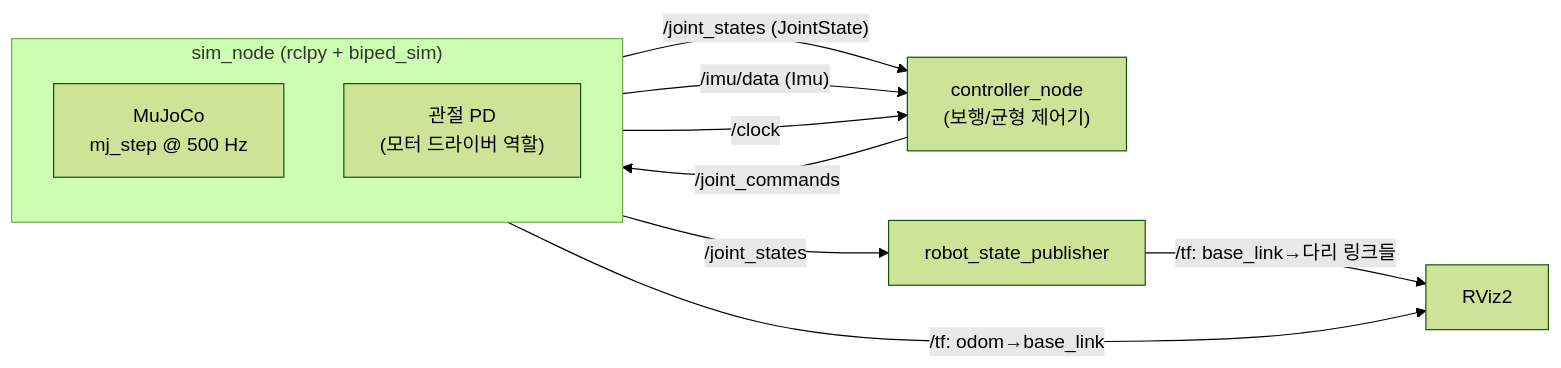
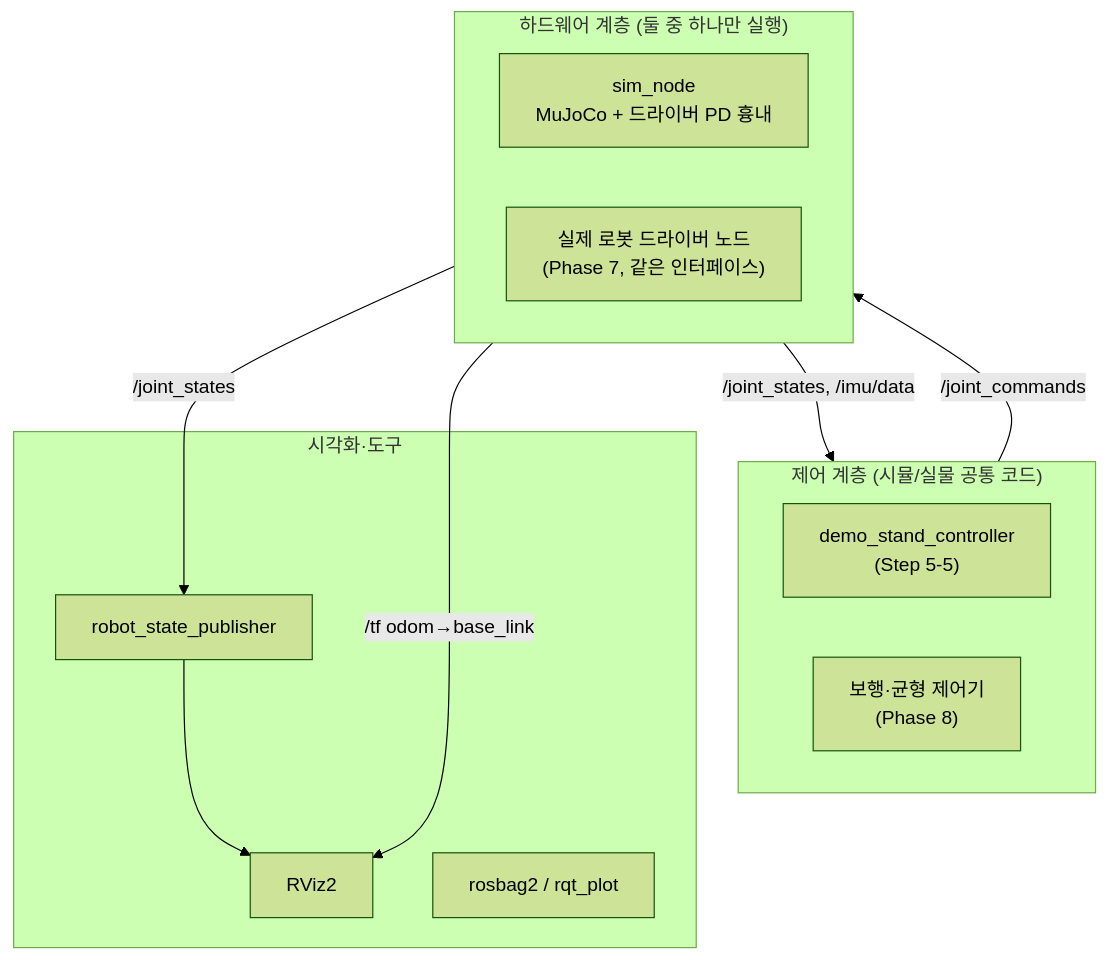
One commit to joshualikaist/Giga changed the diagram in docs/05_ros2_bridge_plan.md. Above: the diagram before and after it, drawn with Mermaid (forest theme). The commit also changed other lines of this file and 17 other files, not shown here.

First line of the commit message:
ROS2 sim_node 추가, 뷰어 종료 문제 수정, ROS2 실습 문서

````diff
--- a/docs/05_ros2_bridge_plan.md
+++ b/docs/05_ros2_bridge_plan.md
@@ -26,18 +102,20 @@
 ```mermaid
-flowchart LR
-  subgraph SIM["sim_node (rclpy + biped_sim)"]
-    MJ["MuJoCo<br/>mj_step @ 500 Hz"]
-    PD["관절 PD<br/>(모터 드라이버 역할)"]
+flowchart TB
+  subgraph CTRL["제어 계층 (시뮬/실물 공통 코드)"]
+    C1["demo_stand_controller<br/>(Step 5-5)"]
+    C2["보행·균형 제어기<br/>(Phase 8)"]
   end
-  CTRL["controller_node<br/>(보행/균형 제어기)"]
-  RSP["robot_state_publisher"]
-  RVIZ["RViz2"]
-
-  SIM -- "/joint_states (JointState)" --> CTRL
-  SIM -- "/imu/data (Imu)" --> CTRL
-  SIM -- "/clock" --> CTRL
-  CTRL -- "/joint_commands" --> SIM
-  SIM -- "/joint_states" --> RSP
-  SIM -- "/tf: odom→base_link" --> RVIZ
-  RSP -- "/tf: base_link→다리 링크들" --> RVIZ
+  subgraph HW["하드웨어 계층 (둘 중 하나만 실행)"]
+    SIM["sim_node<br/>MuJoCo + 드라이버 PD 흉내"]
+    REAL["실제 로봇 드라이버 노드<br/>(Phase 7, 같은 인터페이스)"]
+  end
+  subgraph VIS["시각화·도구"]
+    RSP[robot_state_publisher]
+    RVIZ[RViz2]
+    BAG[rosbag2 / rqt_plot]
+  end
+  CTRL -- "/joint_commands" --> HW
+  HW -- "/joint_states, /imu/data" --> CTRL
+  HW -- "/joint_states" --> RSP --> RVIZ
+  HW -- "/tf odom→base_link" --> RVIZ
 ```
````
